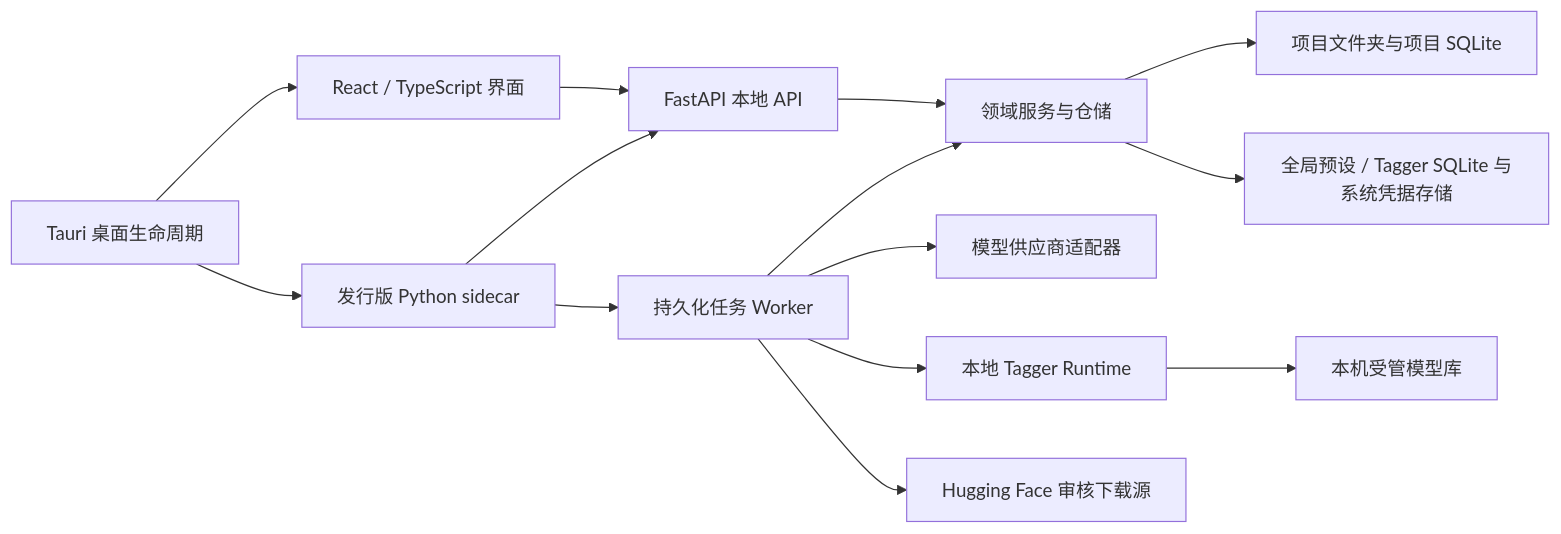
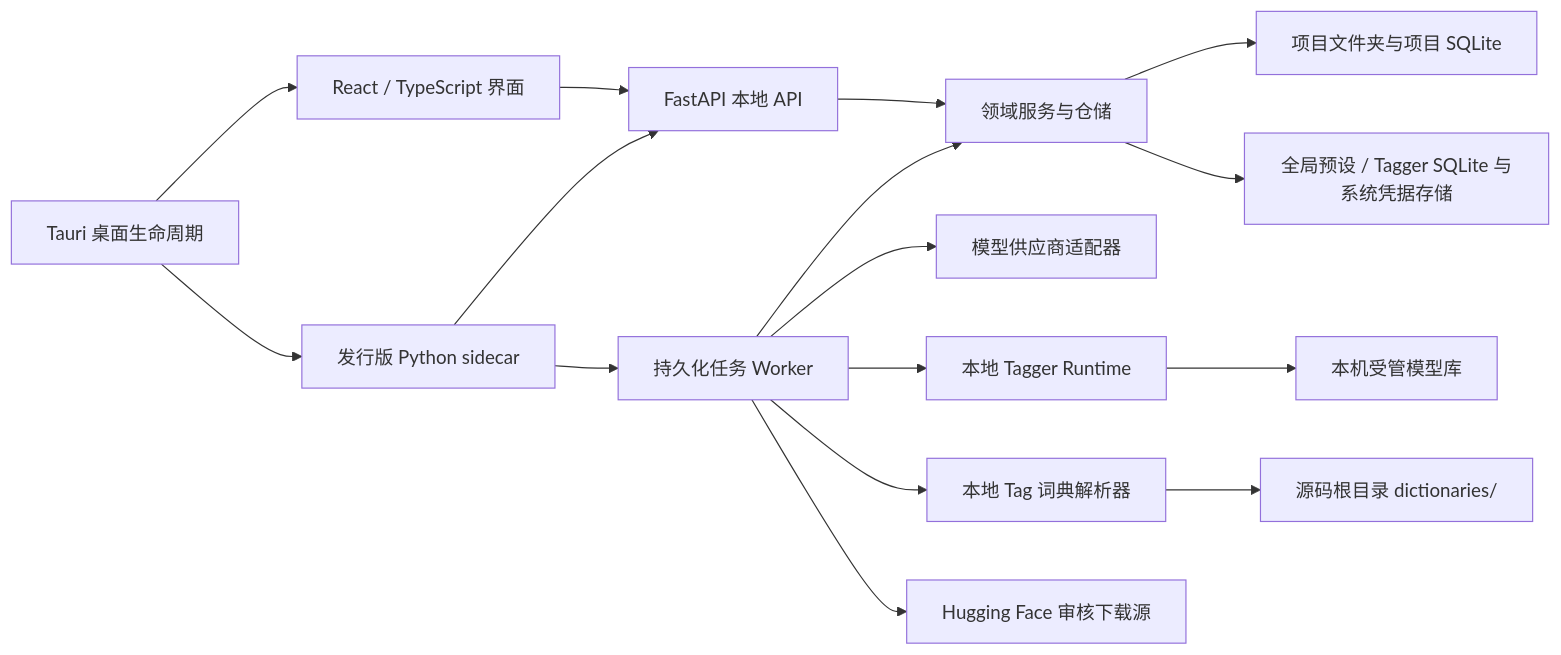
The diagram in docs/architecture.md (Xuness/dataset-annotation-studio), drawn with Mermaid before and after one commit. The commit also changed other lines of this file and 77 other files, not shown here.

Commit message:
feat: add local tag dictionary workflow

````diff
--- a/docs/architecture.md
+++ b/docs/architecture.md
@@ -14,16 +14,18 @@
 ```mermaid
 flowchart LR
     UI["React / TypeScript 界面"] --> API["FastAPI 本地 API"]
     API --> Core["领域服务与仓储"]
     Worker["持久化任务 Worker"] --> Core
     Worker --> Provider["模型供应商适配器"]
     Worker --> Tagger["本地 Tagger Runtime"]
+    Worker --> Dictionary["本地 Tag 词典解析器"]
     Worker --> HuggingFace["Hugging Face 审核下载源"]
     Core --> Project["项目文件夹与项目 SQLite"]
     Core --> Global["全局预设 / Tagger SQLite 与系统凭据存储"]
     Tagger --> ModelLibrary["本机受管模型库"]
+    Dictionary --> DictionaryLibrary["源码根目录 dictionaries/"]
     Tauri["Tauri 桌面生命周期"] --> UI
     Tauri --> Sidecar["发行版 Python sidecar"]
     Sidecar --> API
     Sidecar --> Worker
 ```
````
